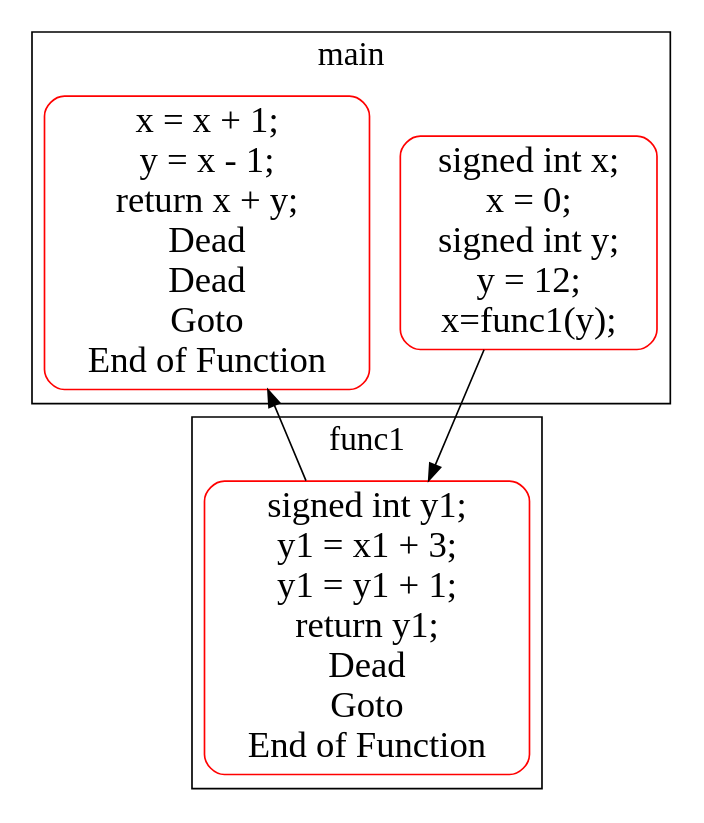
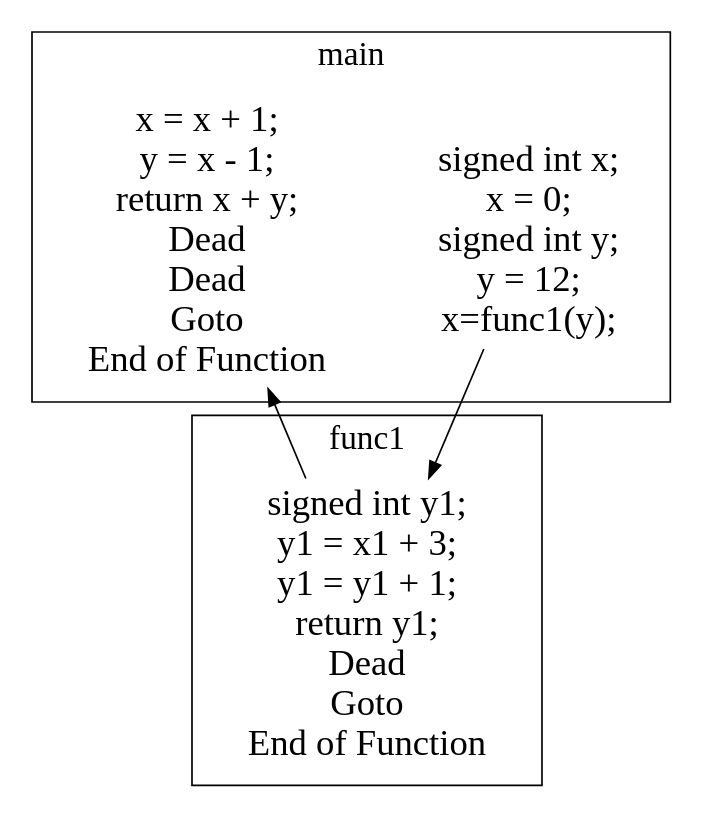
One commit to meysamkhazaee/dot_parser changed the diagram in output/singlefunctionscalls-cfg-goto/singlefunctionscalls-cfg-goto_updated2.dot. Above: the diagram before and after it, drawn with Graphviz. The commit also changed 41 other files, not shown here.

```diff
--- a/output/singlefunctionscalls-cfg-goto/singlefunctionscalls-cfg-goto_updated2.dot
+++ b/output/singlefunctionscalls-cfg-goto/singlefunctionscalls-cfg-goto_updated2.dot
@@ -1,21 +1,21 @@
 digraph G {
 color=black;
 orientation=portrait;
 fontsize=20;
 compound=true;
 size="30,40";
 ratio=compress;
 subgraph "cluster_main" {
 label="main";
-Node_0_0_Node_0_1_Node_0_2_Node_0_3_Node_0_4 [label="signed int x;\nx = 0;\nsigned int y;\ny = 12;\nx=func1(y);", shape=Mrecord, fontsize=22, color=red];
-Node_0_5_Node_0_6_Node_0_7_Node_0_8_Node_0_9_Node_0_10_Node_0_11 [label="x = x + 1;\ny = x - 1;\nreturn x + y;\nDead\nDead\nGoto\nEnd of Function", shape=Mrecord, fontsize=22, color=red];
+Node_0_0_Node_0_1_Node_0_2_Node_0_3_Node_0_4 [label="signed int x;\nx = 0;\nsigned int y;\ny = 12;\nx=func1(y);", shape=plaintext, fontsize=22, color=red];
+Node_0_5_Node_0_6_Node_0_7_Node_0_8_Node_0_9_Node_0_10_Node_0_11 [label="x = x + 1;\ny = x - 1;\nreturn x + y;\nDead\nDead\nGoto\nEnd of Function", shape=plaintext, fontsize=22, color=red];
 }
 
 subgraph "cluster_func1" {
 label="func1";
-Node_1_12_Node_1_13_Node_1_14_Node_1_15_Node_1_16_Node_1_17_Node_1_18 [label="signed int y1;\ny1 = x1 + 3;\ny1 = y1 + 1;\nreturn y1;\nDead\nGoto\nEnd of Function", shape=Mrecord, fontsize=22, color=red];
+Node_1_12_Node_1_13_Node_1_14_Node_1_15_Node_1_16_Node_1_17_Node_1_18 [label="signed int y1;\ny1 = x1 + 3;\ny1 = y1 + 1;\nreturn y1;\nDead\nGoto\nEnd of Function", shape=plaintext, fontsize=22, color=red];
 }
 
 Node_1_12_Node_1_13_Node_1_14_Node_1_15_Node_1_16_Node_1_17_Node_1_18 -> Node_0_5_Node_0_6_Node_0_7_Node_0_8_Node_0_9_Node_0_10_Node_0_11;
 Node_0_0_Node_0_1_Node_0_2_Node_0_3_Node_0_4 -> Node_1_12_Node_1_13_Node_1_14_Node_1_15_Node_1_16_Node_1_17_Node_1_18;
 }
```
